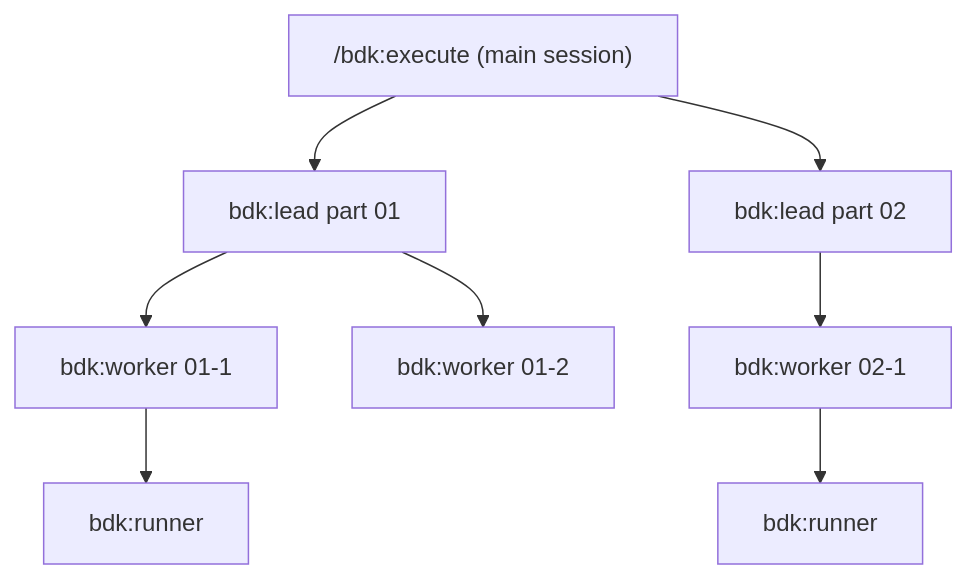
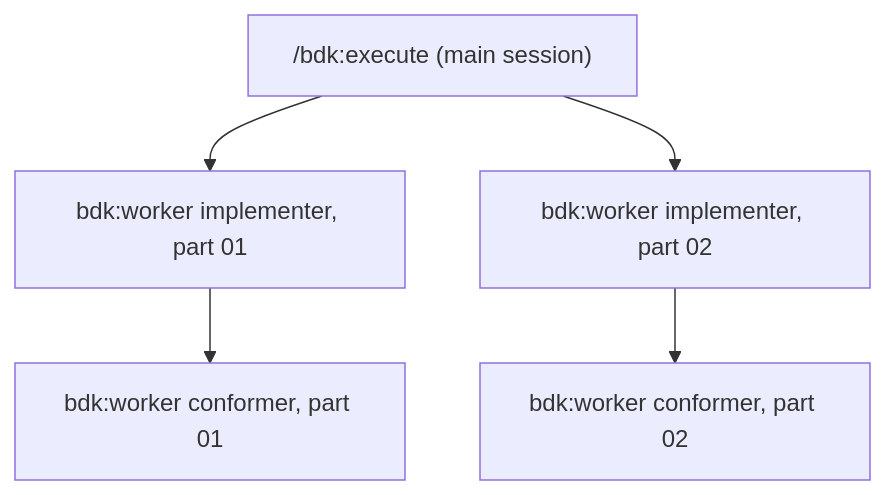
One commit to broneq/bdk changed the diagram in docs/guide/workflows/large.md. Above: the diagram before and after it, drawn with Mermaid. The commit also changed other lines of this file and 307 other files, not shown here.

````diff
--- a/docs/guide/workflows/large.md
+++ b/docs/guide/workflows/large.md
@@ -41,8 +42,7 @@
 ```mermaid
 flowchart TB
-    main["/bdk:execute (main session)"] --> L1["bdk:lead part 01"]
-    main --> L2["bdk:lead part 02"]
-    L1 --> W1["bdk:worker 01-1"] --> R1["bdk:runner"]
-    L1 --> W2["bdk:worker 01-2"]
-    L2 --> W3["bdk:worker 02-1"] --> R3["bdk:runner"]
+    main["/bdk:execute (main session)"] --> I1["bdk:worker implementer, part 01"]
+    main --> I2["bdk:worker implementer, part 02"]
+    I1 --> C1["bdk:worker conformer, part 01"]
+    I2 --> C2["bdk:worker conformer, part 02"]
 ```
````
